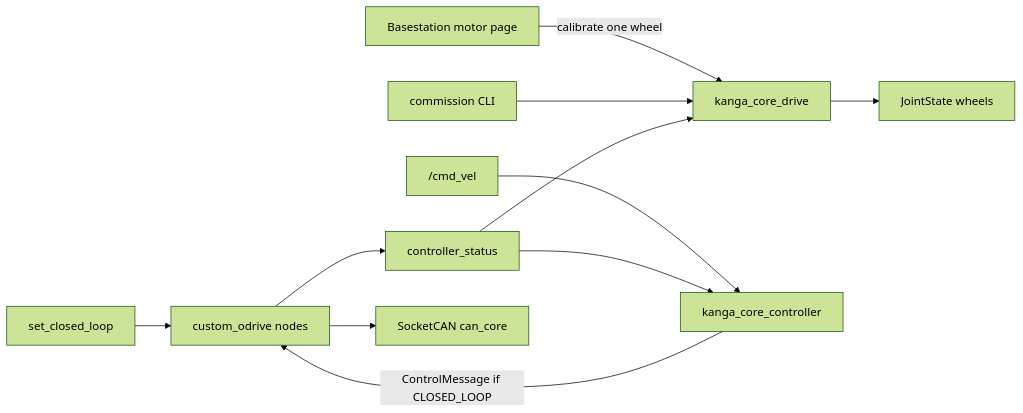
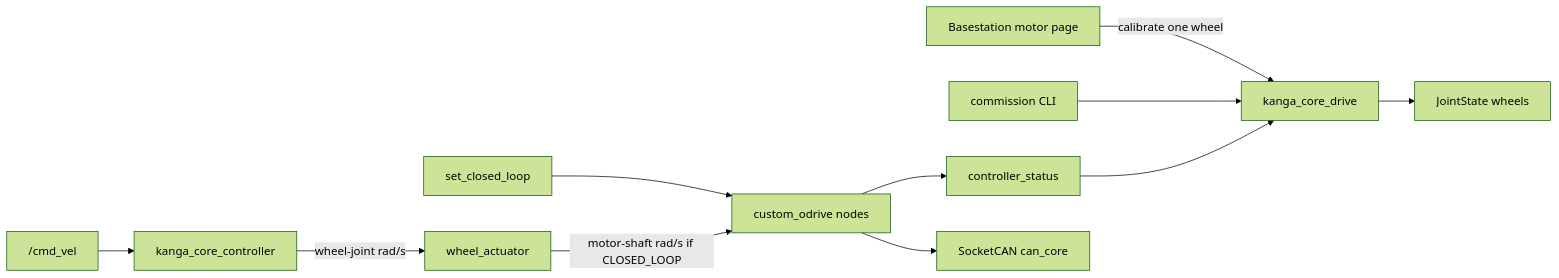
Before and after one commit to UOW-TronSoc/ARCh-Kanga: the diagram in docs/migration/core_drive.md, drawn with Mermaid (forest theme). The commit also changed other lines of this file and 1 other file, not shown here.

Commit message:
status update

````diff
--- a/docs/migration/core_drive.md
+++ b/docs/migration/core_drive.md
@@ -29,13 +30,13 @@
 ```mermaid
 flowchart LR
   web["Basestation motor page"] -->|"calibrate one wheel"| drivePkg["kanga_core_drive"]
   cliSave["commission CLI"] --> drivePkg
   trigger["set_closed_loop"] --> nodes["custom_odrive nodes"]
   cmdVel["/cmd_vel"] --> ctrl["kanga_core_controller"]
-  ctrl -->|"ControlMessage if CLOSED_LOOP"| nodes
+  ctrl -->|"wheel-joint rad/s"| actuator["wheel_actuator"]
+  actuator -->|"motor-shaft rad/s if CLOSED_LOOP"| nodes
   nodes --> status["controller_status"]
   status --> drivePkg
-  status --> ctrl
   drivePkg --> js["JointState wheels"]
   nodes --> can["SocketCAN can_core"]
 ```
````
